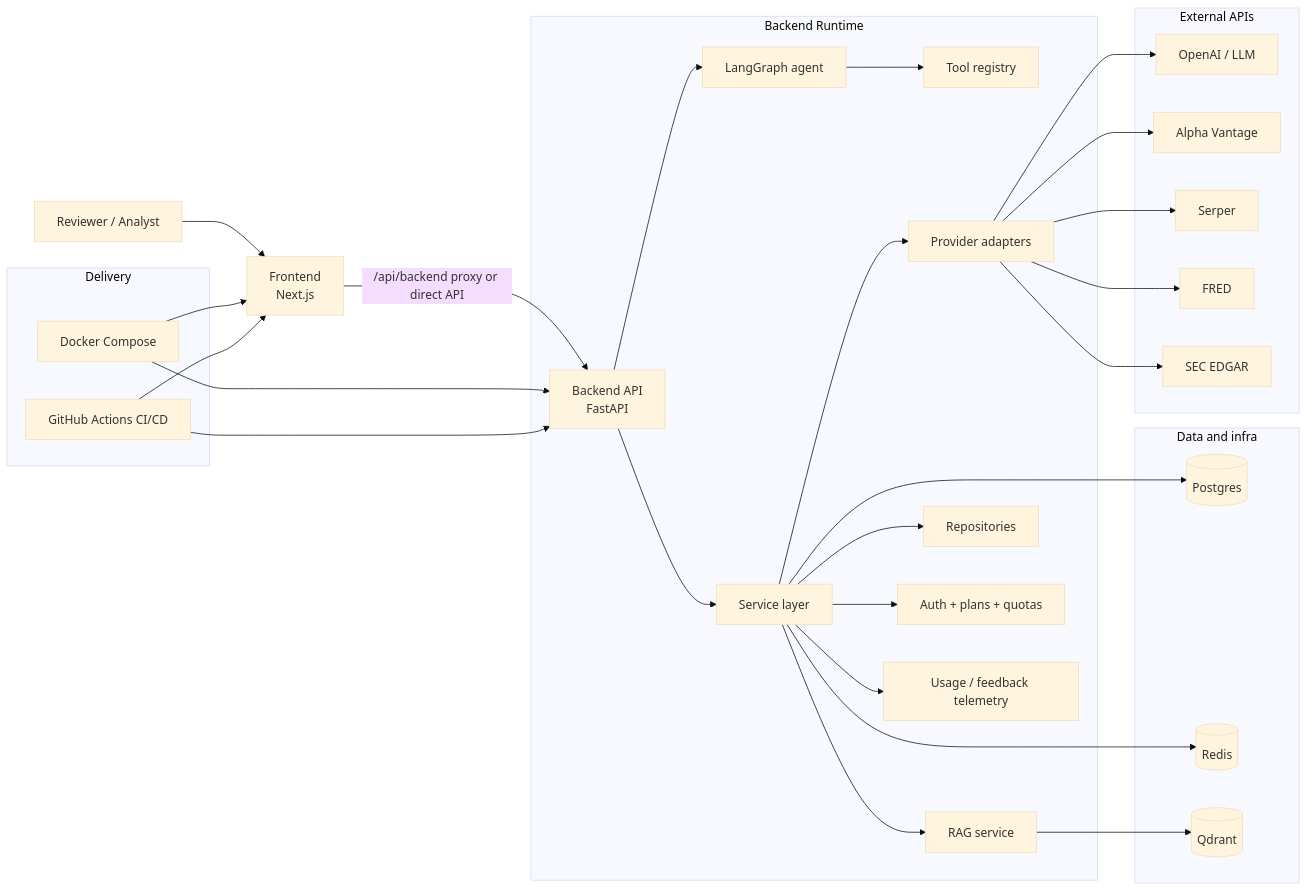
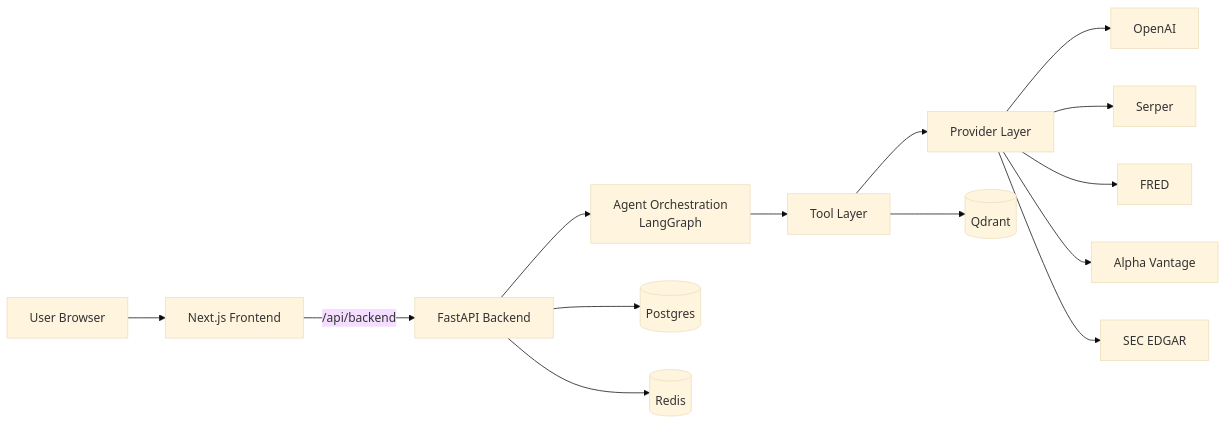
The first of 4 diagrams in docs/architecture.md (Fejjii/AlphaLens-AI), drawn with Mermaid (base theme) before and after one commit. The commit also changed other lines of this file and 93 other files, not shown here.

````diff
--- a/docs/architecture.md
+++ b/docs/architecture.md
@@ -9,48 +7,35 @@
 ```mermaid
 flowchart LR
-    User[Reviewer / Analyst] --> FE[Frontend<br/>Next.js]
-    FE -->|/api/backend proxy or direct API| BE[Backend API<br/>FastAPI]
+    U[User Browser]
+    FE[Next.js Frontend]
+    BE[FastAPI Backend]
+    ORCH[Agent Orchestration<br/>LangGraph]
+    TOOLS[Tool Layer]
+    PROV[Provider Layer]
 
-    subgraph BackendRuntime[Backend Runtime]
-        BE --> Agent[LangGraph agent]
-        BE --> Services[Service layer]
-        Agent --> Tools[Tool registry]
-        Services --> RAG[RAG service]
-        Services --> Integrations[Provider adapters]
-        Services --> Repos[Repositories]
-        Services --> AuthPlan[Auth + plans + quotas]
-        Services --> Usage[Usage / feedback telemetry]
-    end
+    PG[(Postgres)]
+    RD[(Redis)]
+    QD[(Qdrant)]
 
-    subgraph DataInfra[Data and infra]
-        PG[(Postgres)]
-        RD[(Redis)]
-        QD[(Qdrant)]
-    end
+    OA[OpenAI]
+    SP[Serper]
+    FR[FRED]
+    AV[Alpha Vantage]
+    SEC[SEC EDGAR]
 
-    subgraph External[External APIs]
-        OA[OpenAI / LLM]
-        AV[Alpha Vantage]
-        SP[Serper]
-        FR[FRED]
-        SEC[SEC EDGAR]
-    end
+    U --> FE
+    FE -->|/api/backend| BE
+    BE --> ORCH
+    ORCH --> TOOLS
+    TOOLS --> PROV
 
-    Services --> PG
-    Services --> RD
-    RAG --> QD
-    Integrations --> OA
-    Integrations --> AV
-    Integrations --> SP
-    Integrations --> FR
-    Integrations --> SEC
+    BE --> PG
+    BE --> RD
+    TOOLS --> QD
 
-    subgraph Ops[Delivery]
-        DK[Docker Compose]
-        CI[GitHub Actions CI/CD]
-    end
-    DK --> FE
-    DK --> BE
-    CI --> FE
-    CI --> BE
+    PROV --> OA
+    PROV --> SP
+    PROV --> FR
+    PROV --> AV
+    PROV --> SEC
 ```
````
